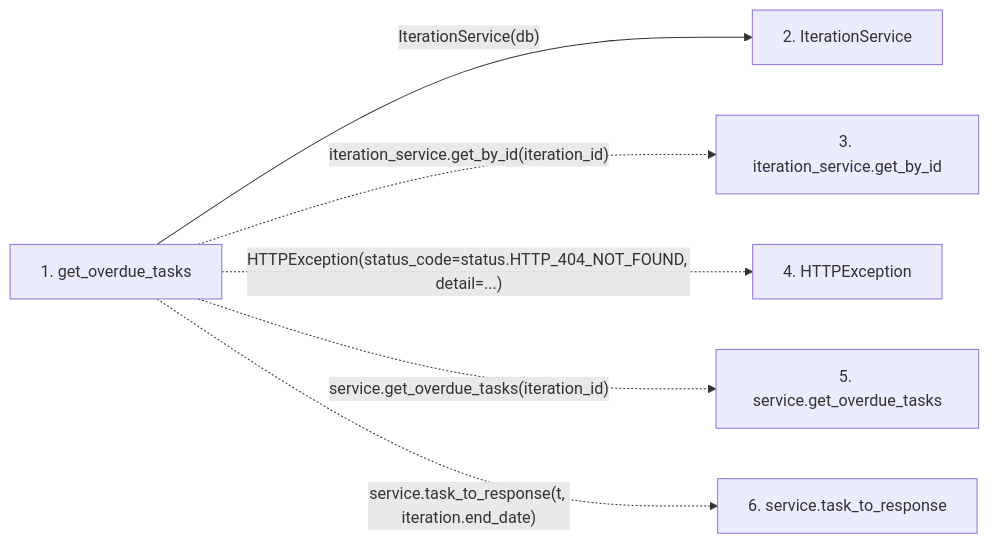
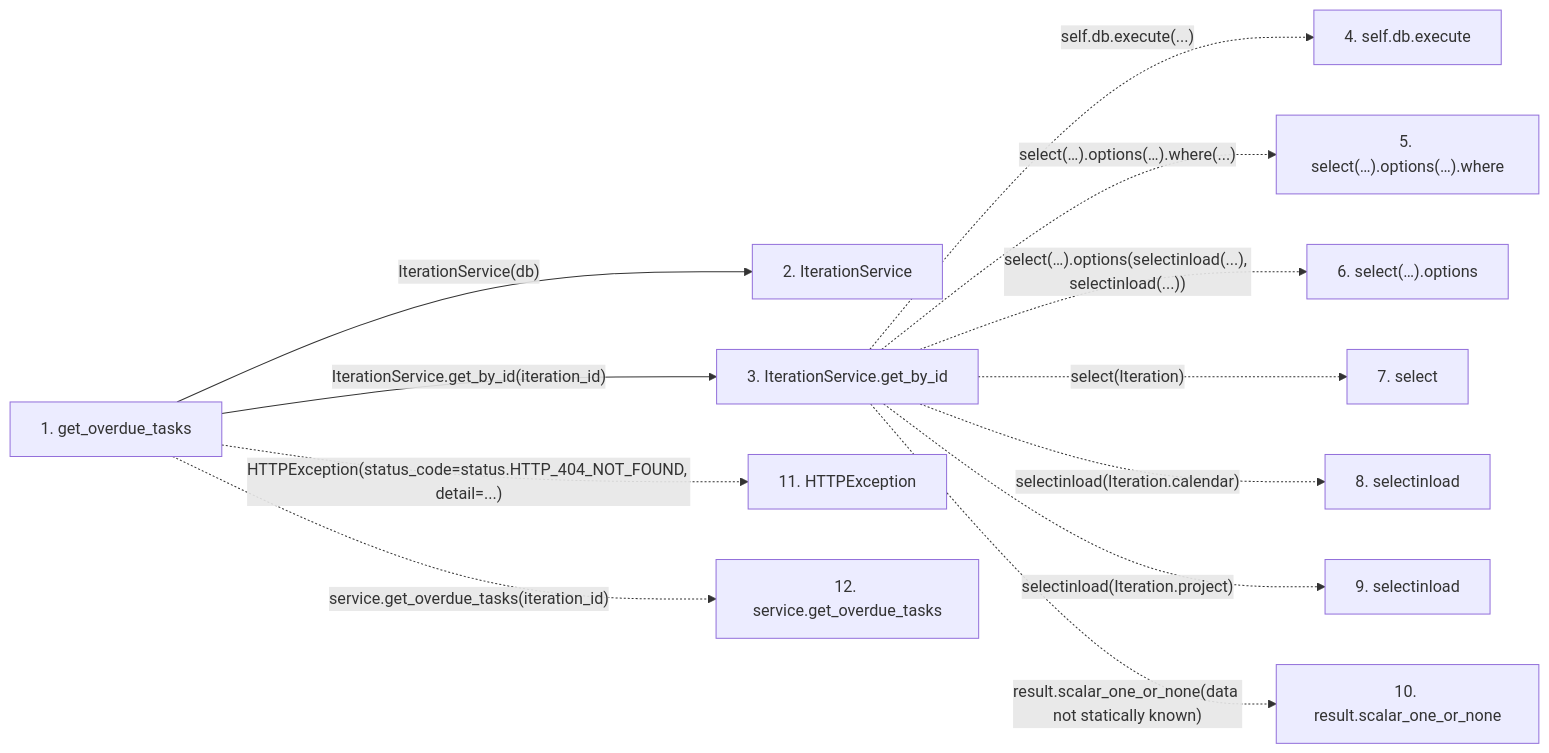
Before and after one commit to Denissvgn/WorkChord: the second of 2 diagrams in docs/llm_wiki/flows/http-get_overdue_tasks.md, drawn with Mermaid. The commit also changed other lines of this file and 25171 other files, not shown here.

````diff
--- a/docs/llm_wiki/flows/http-get_overdue_tasks.md
+++ b/docs/llm_wiki/flows/http-get_overdue_tasks.md
@@ -28,16 +75,29 @@
 ```mermaid
 flowchart LR
     s1["1. get_overdue_tasks"]
     s2["2. IterationService"]
-    s3["3. iteration_service.get_by_id"]
-    s4["4. HTTPException"]
-    s5["5. service.get_overdue_tasks"]
-    s6["6. service.task_to_response"]
+    s3["3. IterationService.get_by_id"]
+    s4["4. self.db.execute"]
+    s5["5. select(…).options(…).where"]
+    s6["6. select(…).options"]
+    s7["7. select"]
+    s8["8. selectinload"]
+    s9["9. selectinload"]
+    s10["10. result.scalar_one_or_none"]
+    s11["11. HTTPException"]
+    s12["12. service.get_overdue_tasks"]
     s1 -->|"IterationService(db)"| s2
-    s1 -. "iteration_service.get_by_id(iteration_id)" .-> s3
-    s1 -. "HTTPException(status_code=status.HTTP_404_NOT_FOUND, detail=...)" .-> s4
-    s1 -. "service.get_overdue_tasks(iteration_id)" .-> s5
-    s1 -. "service.task_to_response(t, iteration.end_date)" .-> s6
+    s1 -->|"IterationService.get_by_id(iteration_id)"| s3
+    s3 -. "self.db.execute(...)" .-> s4
+    s3 -. "select(…).options(…).where(...)" .-> s5
+    s3 -. "select(…).options(selectinload(...), selectinload(...))" .-> s6
+    s3 -. "select(Iteration)" .-> s7
+    s3 -. "selectinload(Iteration.calendar)" .-> s8
+    s3 -. "selectinload(Iteration.project)" .-> s9
+    s3 -. "result.scalar_one_or_none(data not statically known)" .-> s10
+    s1 -. "HTTPException(status_code=status.HTTP_404_NOT_FOUND, detail=...)" .-> s11
+    s1 -. "service.get_overdue_tasks(iteration_id)" .-> s12
     click s1 "../modules/tasks.md"
     click s2 "../modules/iteration_service.md"
+    click s3 "../modules/iteration_service.md"
 ```
````
